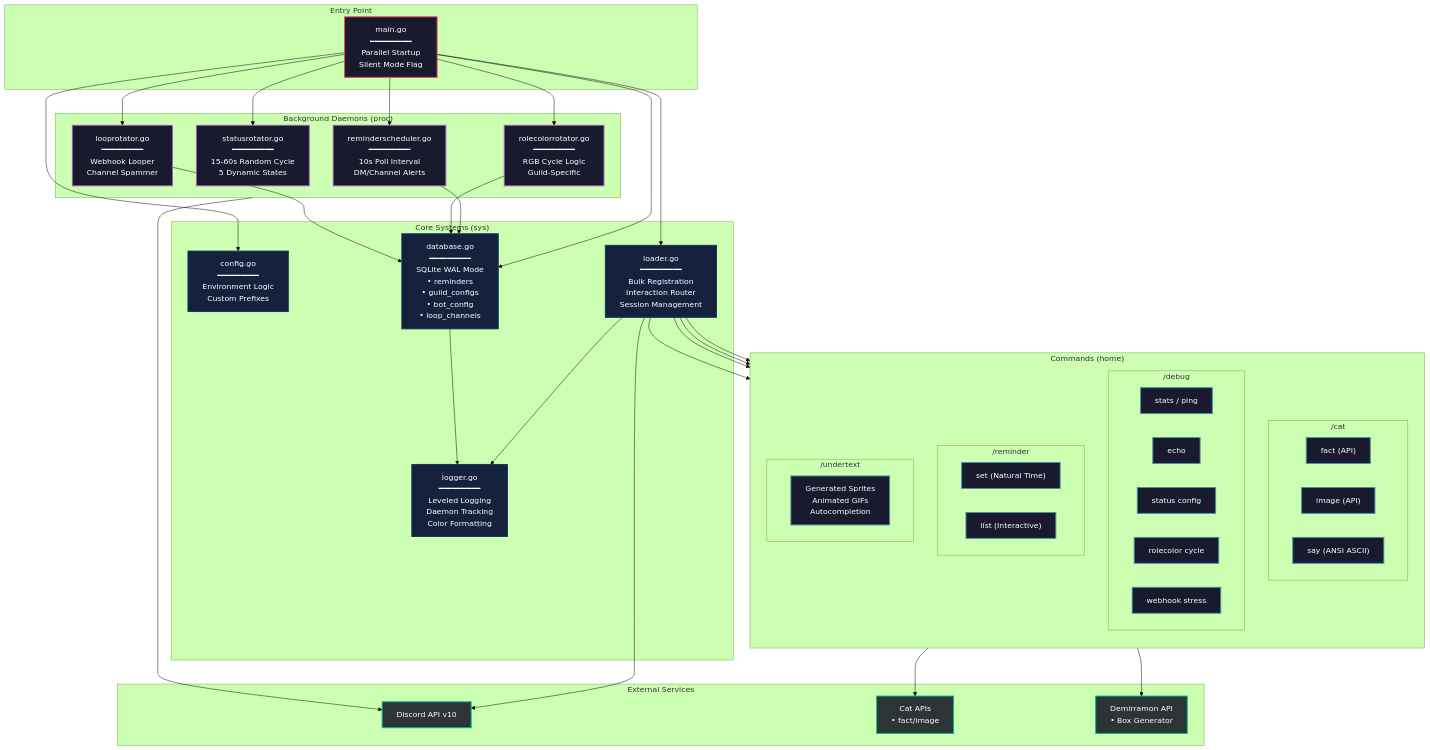
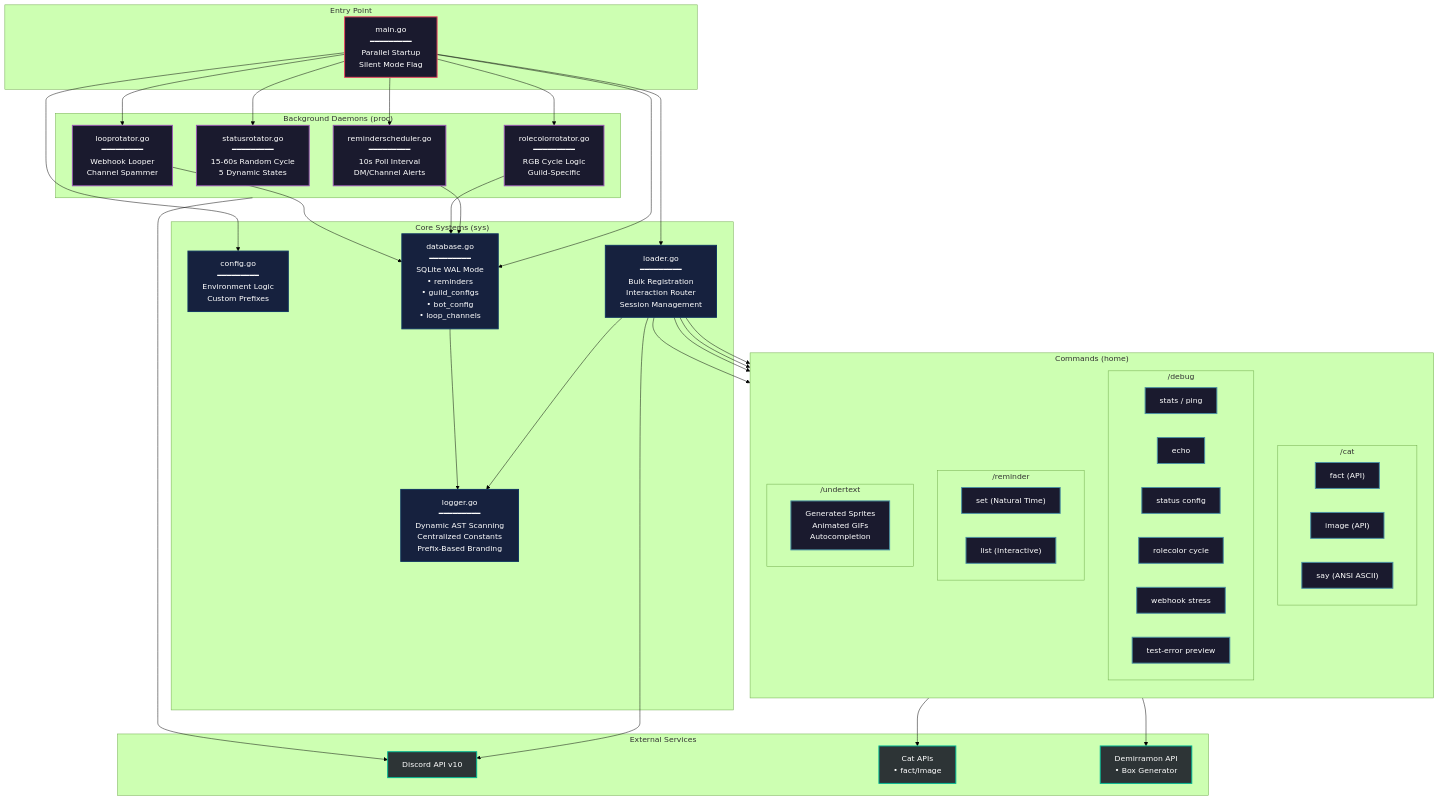
Before and after one commit to leeineian/kokoro: the diagram in README.md, drawn with Mermaid (forest theme). The commit also changed other lines of this file, not shown here.

````diff
--- a/README.md
+++ b/README.md
@@ -8,7 +8,7 @@
         Config["config.go<br/>━━━━━━━━━<br/>Environment Logic<br/>Custom Prefixes"]
         Database["database.go<br/>━━━━━━━━━<br/>SQLite WAL Mode<br/>• reminders<br/>• guild_configs<br/>• bot_config<br/>• loop_channels"]
         Loader["loader.go<br/>━━━━━━━━━<br/>Bulk Registration<br/>Interaction Router<br/>Session Management"]
-        Logger["logger.go<br/>━━━━━━━━━<br/>Leveled Logging<br/>Daemon Tracking<br/>Color Formatting"]
+        Logger["logger.go<br/>━━━━━━━━━<br/>Dynamic AST Scanning<br/>Centralized Constants<br/>Prefix-Based Branding"]
     end
 
     subgraph Commands["Commands (home)"]
@@ -26,6 +26,7 @@
             DebugStatus["status config"]
             DebugRoleColor["rolecolor cycle"]
             DebugLoop["webhook stress"]
+            DebugTest["test-error preview"]
         end
         
         subgraph ReminderCmd["/reminder"]
@@ -92,7 +93,7 @@
 
     class Main entryStyle
     class Config,Database,Loader,Logger coreStyle
-    class CatFact,CatImage,CatSay,DebugStats,DebugEcho,DebugStatus,DebugRoleColor,DebugLoop,ReminderSet,ReminderList,UndertextGen cmdStyle
+    class CatFact,CatImage,CatSay,DebugStats,DebugEcho,DebugStatus,DebugRoleColor,DebugLoop,DebugTest,ReminderSet,ReminderList,UndertextGen cmdStyle
     class ReminderScheduler,StatusRotator,RoleColorRotator,LoopRotator daemonStyle
     class Discord,CatAPI,UndertaleAPI externalStyle
 ```
````
